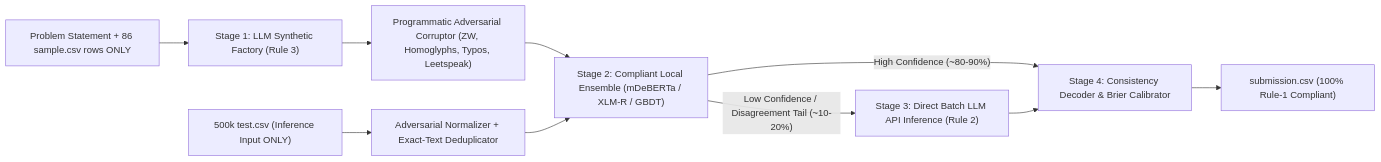
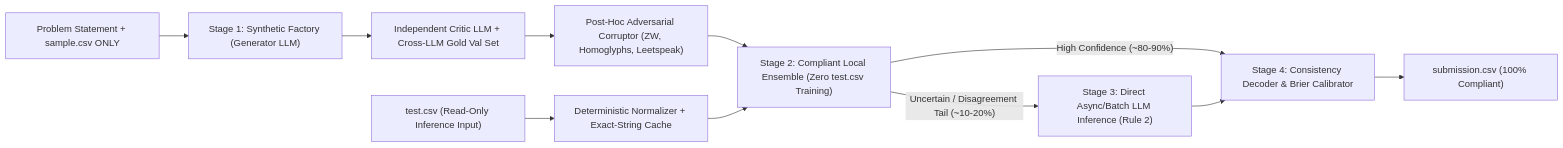
Before and after one commit to HippomasAKiB1/nsucec_neurahack: the diagram in POSTMORTEM_AND_PLAYBOOK.md, drawn with Mermaid. The commit also changed other lines of this file, not shown here.

Commit message:
docs: harden post-mortem & playbook with CV-LB gap, async API SLA, cost math, and leakage matrix

````diff
--- a/POSTMORTEM_AND_PLAYBOOK.md
+++ b/POSTMORTEM_AND_PLAYBOOK.md
@@ -58,12 +65,13 @@
 ```mermaid
 flowchart LR
-    PS["Problem Statement + 86 sample.csv rows ONLY"] --> LLM_GEN["Stage 1: LLM Synthetic Factory (Rule 3)"]
-    LLM_GEN --> CORRUPT["Programmatic Adversarial Corruptor (ZW, Homoglyphs, Typos, Leetspeak)"]
-    CORRUPT --> LOCAL["Stage 2: Compliant Local Ensemble (mDeBERTa / XLM-R / GBDT)"]
-    TEST["500k test.csv (Inference Input ONLY)"] --> NORM["Adversarial Normalizer + Exact-Text Deduplicator"]
+    PS["Problem Statement + sample.csv ONLY"] --> LLM_GEN["Stage 1: Synthetic Factory (Generator LLM)"]
+    LLM_GEN --> CRITIC["Independent Critic LLM + Cross-LLM Gold Val Set"]
+    CRITIC --> CORRUPT["Post-Hoc Adversarial Corruptor (ZW, Homoglyphs, Leetspeak)"]
+    CORRUPT --> LOCAL["Stage 2: Compliant Local Ensemble (Zero test.csv Training)"]
+    TEST["test.csv (Read-Only Inference Input)"] --> NORM["Deterministic Normalizer + Exact-String Cache"]
     NORM --> LOCAL
     LOCAL -->|"High Confidence (~80-90%)"| MERGE["Stage 4: Consistency Decoder & Brier Calibrator"]
-    LOCAL -->|"Low Confidence / Disagreement Tail (~10-20%)"| LLM_INF["Stage 3: Direct Batch LLM API Inference (Rule 2)"]
+    LOCAL -->|"Uncertain / Disagreement Tail (~10-20%)"| LLM_INF["Stage 3: Direct Async/Batch LLM Inference (Rule 2)"]
     LLM_INF --> MERGE
-    MERGE --> SUB["submission.csv (100% Rule-1 Compliant)"]
+    MERGE --> SUB["submission.csv (100% Compliant)"]
 ```
````
